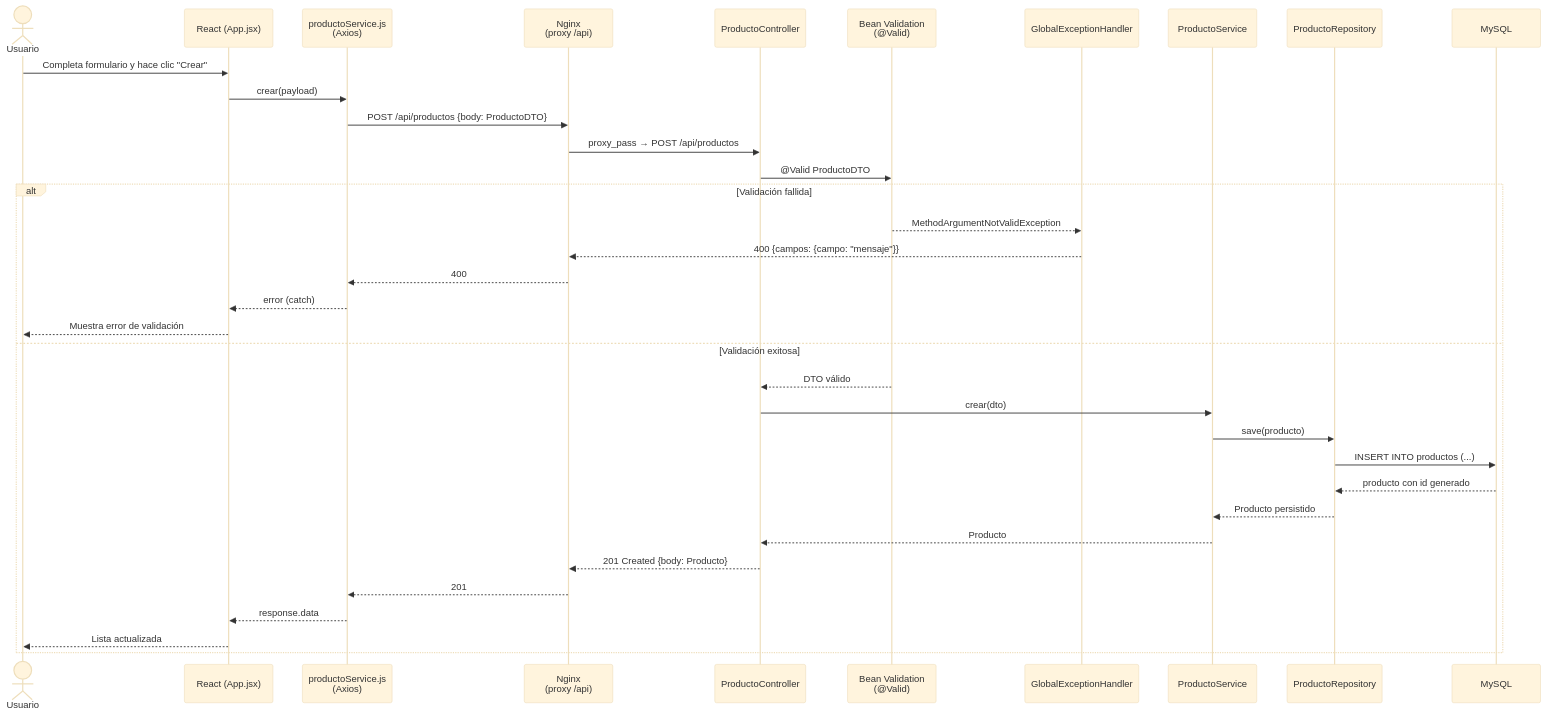
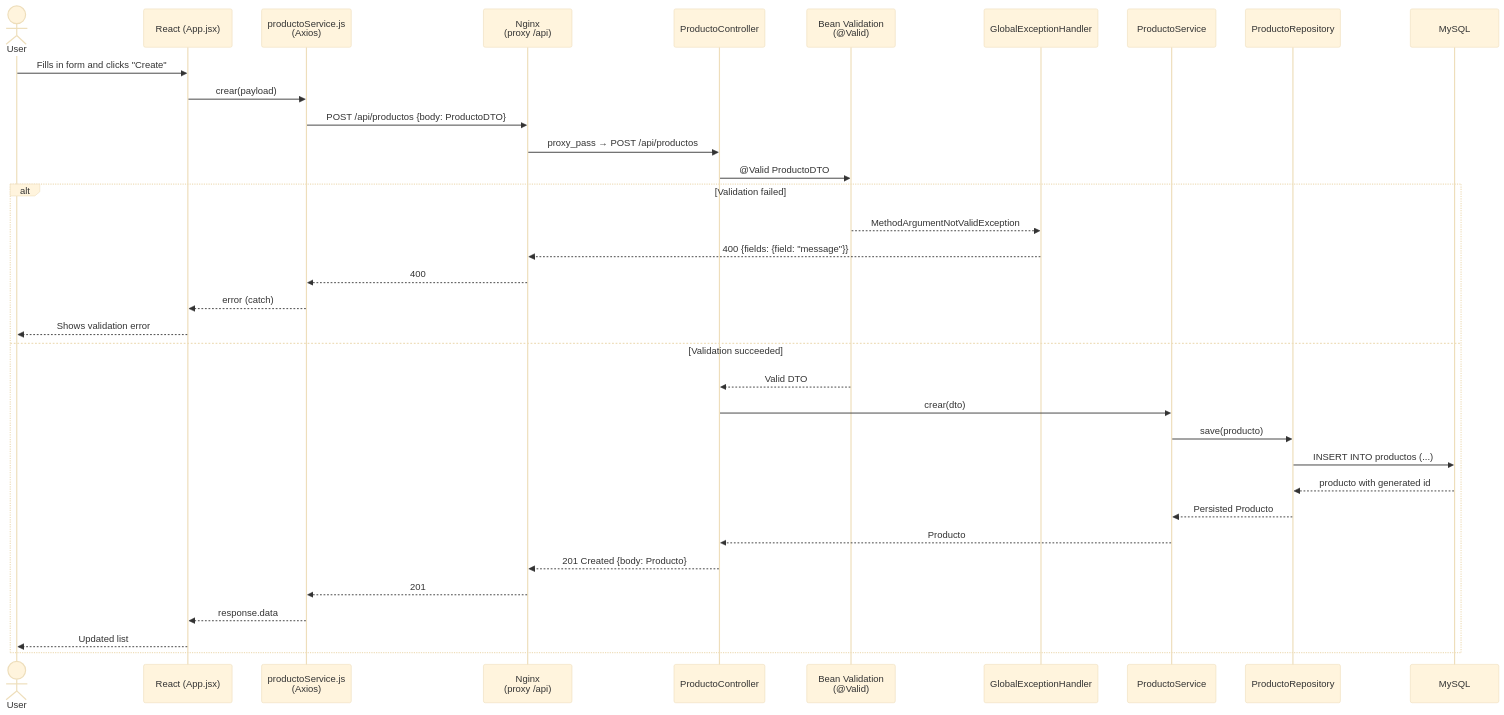
Before and after one commit to capvasqu/gestion-productos: the first of 4 diagrams in ARCHITECTURE.md, drawn with Mermaid (base theme). The commit also changed other lines of this file and 2 other files, not shown here.

````diff
--- a/ARCHITECTURE.md
+++ b/ARCHITECTURE.md
@@ -11,39 +11,39 @@
 ```mermaid
 sequenceDiagram
-    actor Usuario
+    actor User
     participant React as React (App.jsx)
     participant AxiosSvc as productoService.js<br/>(Axios)
     participant Nginx as Nginx<br/>(proxy /api)
     participant Ctrl as ProductoController
     participant Valid as Bean Validation<br/>(@Valid)
     participant EH as GlobalExceptionHandler
     participant Svc as ProductoService
     participant Repo as ProductoRepository
     participant DB as MySQL
 
-    Usuario->>React: Completa formulario y hace clic "Crear"
+    User->>React: Fills in form and clicks "Create"
     React->>AxiosSvc: crear(payload)
     AxiosSvc->>Nginx: POST /api/productos {body: ProductoDTO}
     Nginx->>Ctrl: proxy_pass → POST /api/productos
 
     Ctrl->>Valid: @Valid ProductoDTO
-    alt Validación fallida
+    alt Validation failed
         Valid-->>EH: MethodArgumentNotValidException
-        EH-->>Nginx: 400 {campos: {campo: "mensaje"}}
+        EH-->>Nginx: 400 {fields: {field: "message"}}
         Nginx-->>AxiosSvc: 400
         AxiosSvc-->>React: error (catch)
-        React-->>Usuario: Muestra error de validación
-    else Validación exitosa
-        Valid-->>Ctrl: DTO válido
+        React-->>User: Shows validation error
+    else Validation succeeded
+        Valid-->>Ctrl: Valid DTO
         Ctrl->>Svc: crear(dto)
         Svc->>Repo: save(producto)
         Repo->>DB: INSERT INTO productos (...)
-        DB-->>Repo: producto con id generado
-        Repo-->>Svc: Producto persistido
+        DB-->>Repo: producto with generated id
+        Repo-->>Svc: Persisted Producto
         Svc-->>Ctrl: Producto
         Ctrl-->>Nginx: 201 Created {body: Producto}
         Nginx-->>AxiosSvc: 201
         AxiosSvc-->>React: response.data
-        React-->>Usuario: Lista actualizada
+        React-->>User: Updated list
     end
 ```
````
